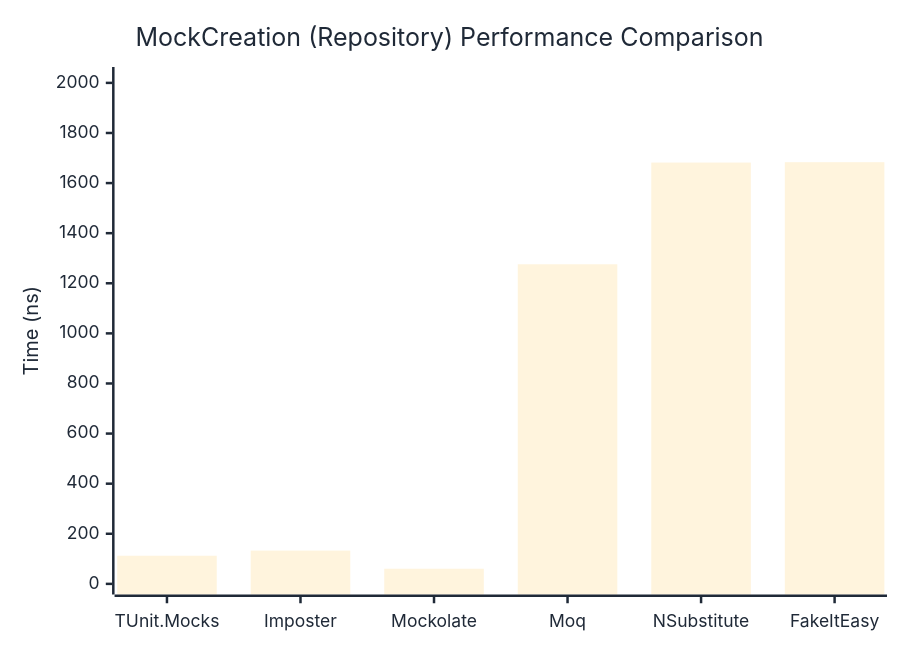
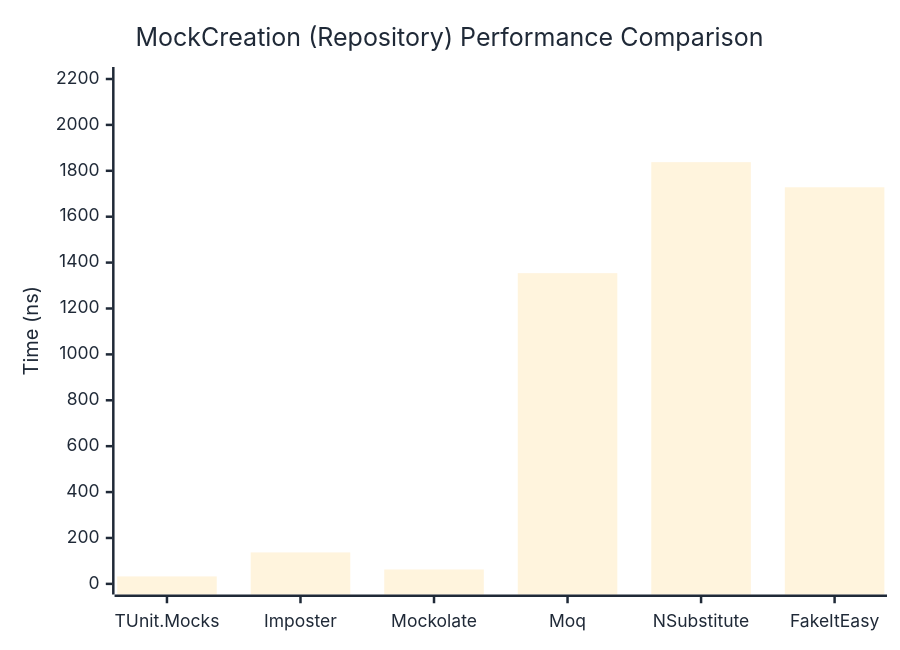
Before and after one commit to thomhurst/TUnit: the second of 2 diagrams in docs/docs/benchmarks/mocks/MockCreation.md, drawn with Mermaid. The commit also changed other lines of this file and 14 other files, not shown here.

````diff
--- a/docs/docs/benchmarks/mocks/MockCreation.md
+++ b/docs/docs/benchmarks/mocks/MockCreation.md
@@ -69,27 +69,27 @@
 ```mermaid
 %%{init: {
   'theme':'base',
   'themeVariables': {
     'primaryColor': '#2563eb',
     'primaryTextColor': '#1f2937',
     'primaryBorderColor': '#1e40af',
     'lineColor': '#6b7280',
     'secondaryColor': '#7c3aed',
     'tertiaryColor': '#dc2626',
     'background': '#ffffff',
     'pie1': '#2563eb',
     'pie2': '#7c3aed',
     'pie3': '#dc2626',
     'pie4': '#f59e0b',
     'pie5': '#10b981',
     'pie6': '#06b6d4',
     'pie7': '#ec4899',
     'pie8': '#6366f1'
   }
 }}%%
 xychart-beta
   title "MockCreation (Repository) Performance Comparison"
   x-axis ["TUnit.Mocks", "Imposter", "Mockolate", "Moq", "NSubstitute", "FakeItEasy"]
-  y-axis "Time (ns)" 0 --> 2021
-  bar [112.37, 132.86, 60.49, 1275.84, 1681.9, 1683.37]
+  y-axis "Time (ns)" 0 --> 2206
+  bar [32.54, 137.09, 62.8, 1354, 1837.63, 1728.22]
 ```
````
